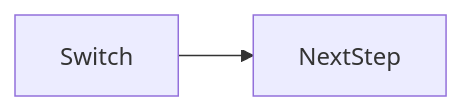
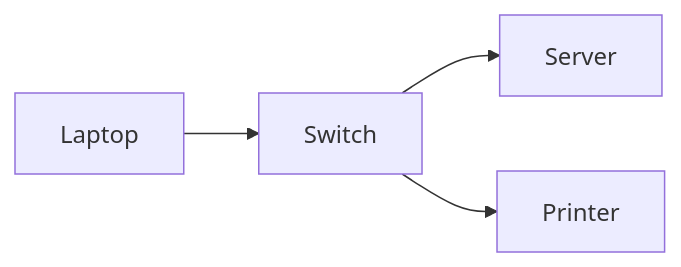
The second of 2 diagrams in docs/en/02-internet/switch/index.md (OmidJavaherii/Frontend-Engineering-Handbook), drawn with Mermaid before and after one commit. The commit also changed other lines of this file and 461 other files, not shown here.

````diff
--- a/docs/en/02-internet/switch/index.md
+++ b/docs/en/02-internet/switch/index.md
@@ -94,4 +103,5 @@
 ```mermaid
 flowchart LR
-  concept[Switch] --> nextStep[NextStep]
+  A[Laptop] --> SW[Switch] --> B[Server]
+  SW --> C[Printer]
 ```
````
